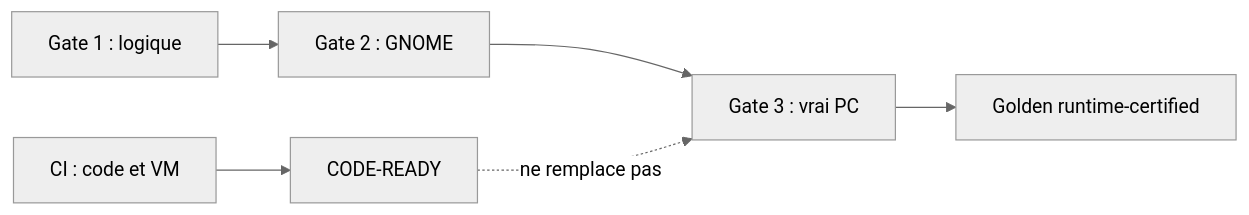
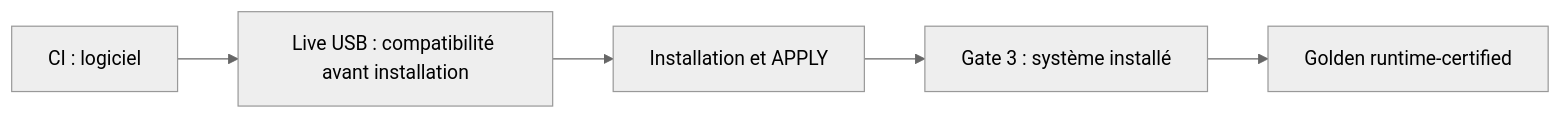
The diagram in docs/CERTIFICATION.md (mathiasseguincadiche/FEDORA_GNOME_CUSTOM), drawn with Mermaid (neutral theme) before and after one commit. The commit also changed other lines of this file and 146 other files, not shown here.

Commit message:
Adopter les tests Live USB natifs et retirer le profil Windows 11

````diff
--- a/docs/CERTIFICATION.md
+++ b/docs/CERTIFICATION.md
@@ -7,8 +5,7 @@
 ```mermaid
 flowchart LR
-  C["CI : code et VM"] --> P["CODE-READY"]
-  G1["Gate 1 : logique"] --> G2["Gate 2 : GNOME"]
-  G2 --> G3["Gate 3 : vrai PC"]
-  G3 --> F["Golden runtime-certified"]
-  P -. "ne remplace pas" .-> G3
+  C["CI : logiciel"] --> L["Live USB : compatibilité avant installation"]
+  L --> I["Installation et APPLY"]
+  I --> G["Gate 3 : système installé"]
+  G --> F["Golden runtime-certified"]
 ```
````
